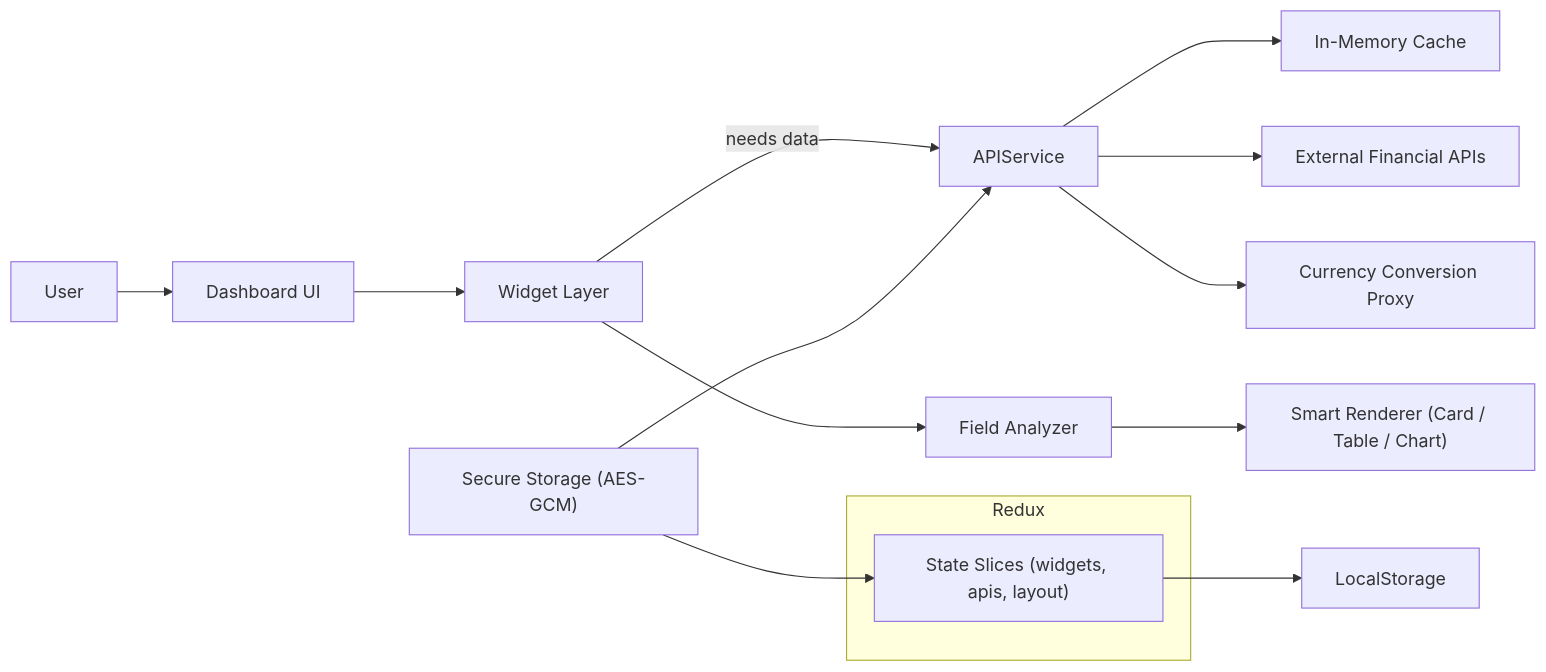
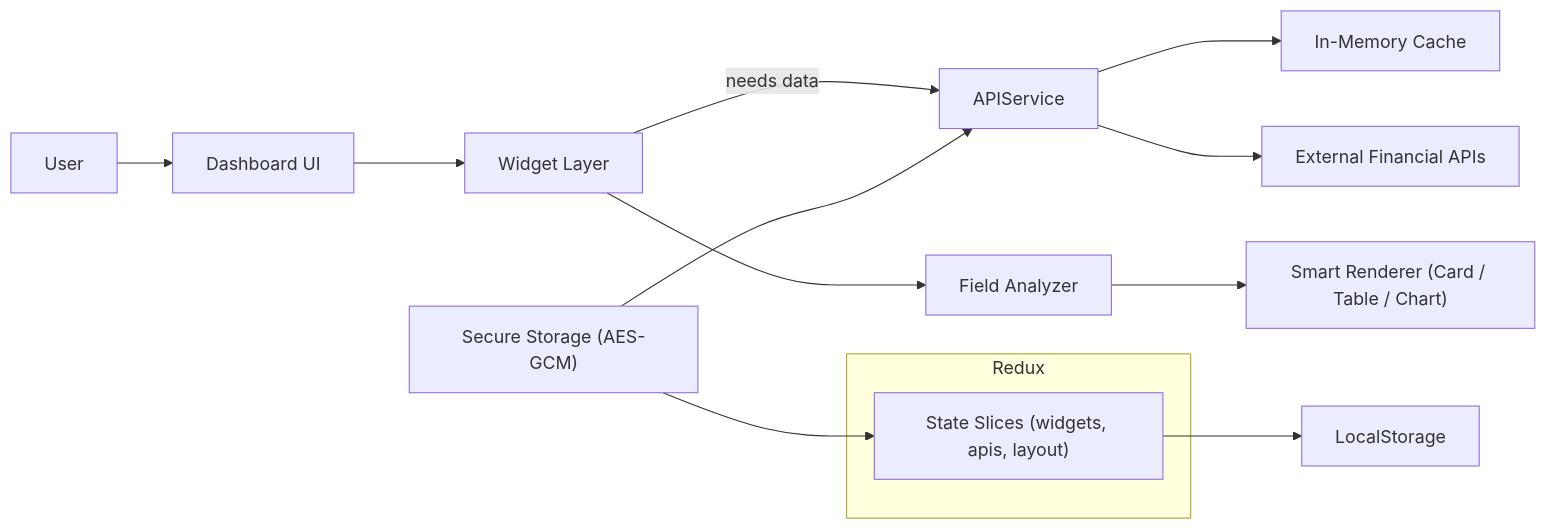
One commit to harsh3dev/finmgmt changed the first of 3 diagrams in README.md. Above: the diagram before and after it, drawn with Mermaid. The commit also changed other lines of this file, not shown here.

````diff
--- a/README.md
+++ b/README.md
@@ -62,17 +61,16 @@
 ```mermaid
 flowchart LR
 	U[User] --> UI[Dashboard UI]
 	UI --> WG[Widget Layer]
 	subgraph Redux
 		ST["State Slices (widgets, apis, layout)"]
 	end
 	WG -->|needs data| APIService
 	APIService --> Cache["In-Memory Cache"]
 	APIService --> ExternalAPIs["External Financial APIs"]
-	APIService --> CurrencyProxy["Currency Conversion Proxy"]
 	WG --> FieldAnalyzer["Field Analyzer"]
 	FieldAnalyzer --> Renderer["Smart Renderer (Card / Table / Chart)"]
 	ST --> Persistence["LocalStorage"]
 	SecureKeys["Secure Storage (AES-GCM)"] --> APIService
 	SecureKeys --> ST
 ```
````
